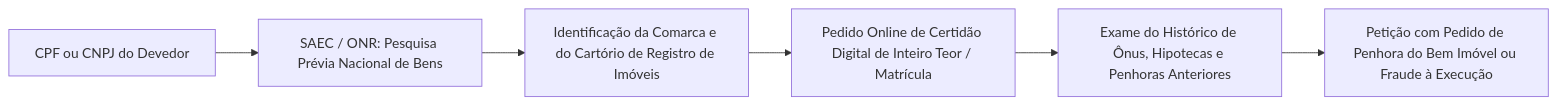
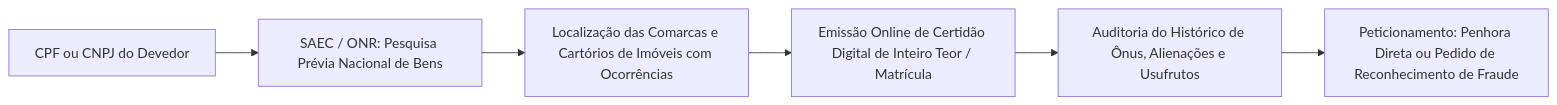
Before and after one commit to prof-ramos/osint_advogados: the diagram in livro/parte_4_aplicacoes_juridicas_praticas/cap_17_investigacao_patrimonial_rastreamento_bens.md, drawn with Mermaid. The commit also changed other lines of this file and 3 other files, not shown here.

````diff
--- a/livro/parte_4_aplicacoes_juridicas_praticas/cap_17_investigacao_patrimonial_rastreamento_bens.md
+++ b/livro/parte_4_aplicacoes_juridicas_praticas/cap_17_investigacao_patrimonial_rastreamento_bens.md
@@ -19,8 +24,8 @@
 ```mermaid
 flowchart LR
     A[CPF ou CNPJ do Devedor] --> B[SAEC / ONR: Pesquisa Prévia Nacional de Bens]
-    B --> C[Identificação da Comarca e do Cartório de Registro de Imóveis]
-    C --> D[Pedido Online de Certidão Digital de Inteiro Teor / Matrícula]
-    D --> E[Exame do Histórico de Ônus, Hipotecas e Penhoras Anteriores]
-    E --> F[Petição com Pedido de Penhora do Bem Imóvel ou Fraude à Execução]
+    B --> C[Localização das Comarcas e Cartórios de Imóveis com Ocorrências]
+    C --> D[Emissão Online de Certidão Digital de Inteiro Teor / Matrícula]
+    D --> E[Auditoria do Histórico de Ônus, Alienações e Usufrutos]
+    E --> F[Peticionamento: Penhora Direta ou Pedido de Reconhecimento de Fraude]
 ```
````
